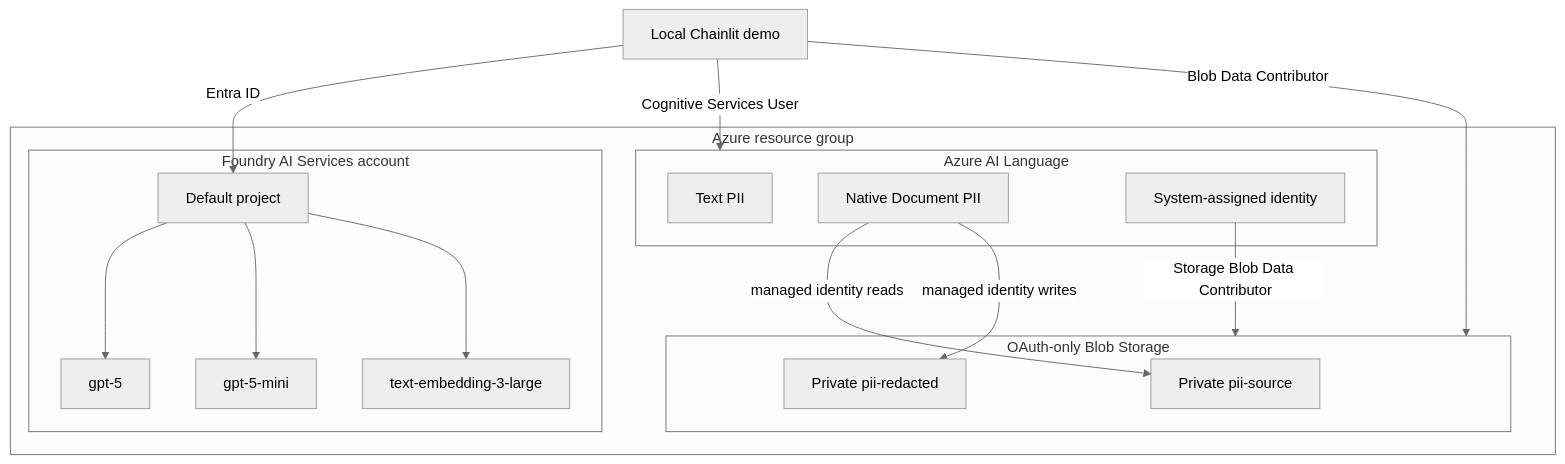
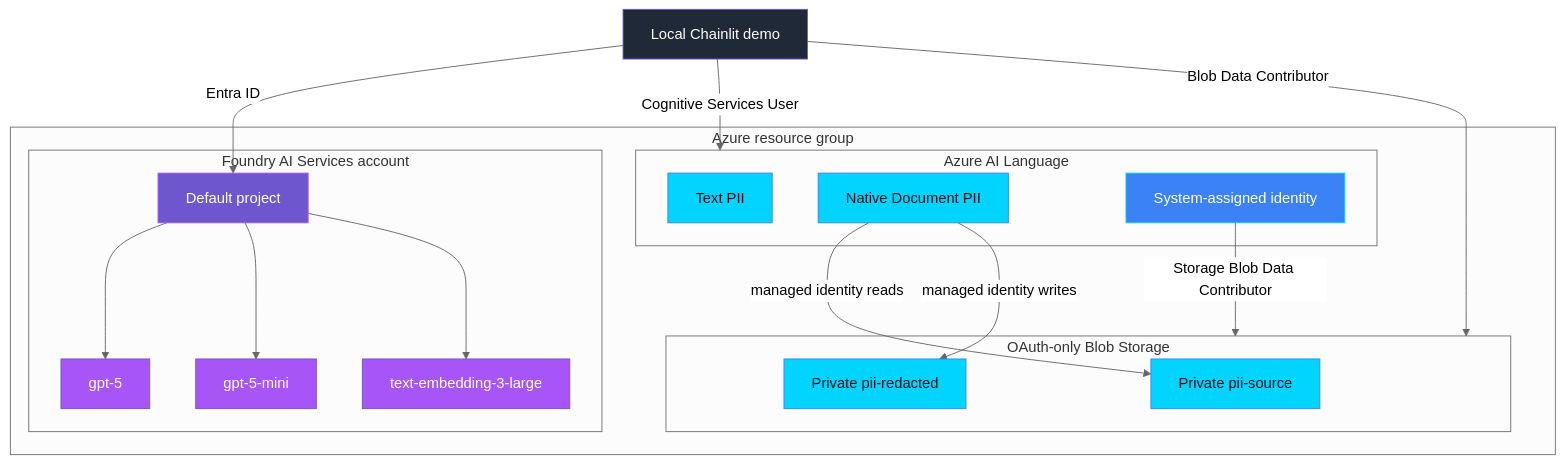
Before and after one commit to doruit/forged-with-foundry: the diagram in infra/README.md, drawn with Mermaid (neutral theme). The commit also changed other lines of this file and 167 other files, not shown here.

````diff
--- a/infra/README.md
+++ b/infra/README.md
@@ -22,34 +26,45 @@
 ```mermaid
 flowchart TB
   DEV[Local Chainlit demo]
 
   subgraph RG[Azure resource group]
     subgraph F[Foundry AI Services account]
       P[Default project]
       G5[gpt-5]
       G5M[gpt-5-mini]
       E[text-embedding-3-large]
       P --> G5
       P --> G5M
       P --> E
     end
 
     subgraph L[Azure AI Language]
       TP[Text PII]
       DP[Native Document PII]
       MI[System-assigned identity]
     end
 
     subgraph S[OAuth-only Blob Storage]
       SRC[Private pii-source]
       TGT[Private pii-redacted]
     end
   end
 
   DEV -->|Entra ID| P
   DEV -->|Cognitive Services User| L
   DEV -->|Blob Data Contributor| S
   DP -->|managed identity reads| SRC
   DP -->|managed identity writes| TGT
   MI -->|Storage Blob Data Contributor| S
+
+  classDef governance fill:#6E56CF,stroke:#A855F7,color:#FFFFFF
+  classDef platform fill:#3B82F6,stroke:#00D4FF,color:#FFFFFF
+  classDef evidence fill:#00D4FF,stroke:#3B82F6,color:#0D1117
+  classDef intelligence fill:#A855F7,stroke:#6E56CF,color:#FFFFFF
+  classDef neutral fill:#1F2937,stroke:#6E56CF,color:#FFFFFF
+  class DEV neutral
+  class MI platform
+  class P governance
+  class G5,G5M,E intelligence
+  class TP,DP,SRC,TGT evidence
 ```
````
